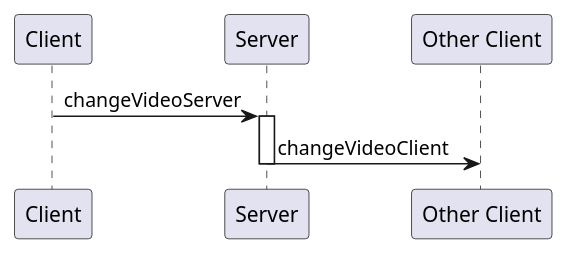
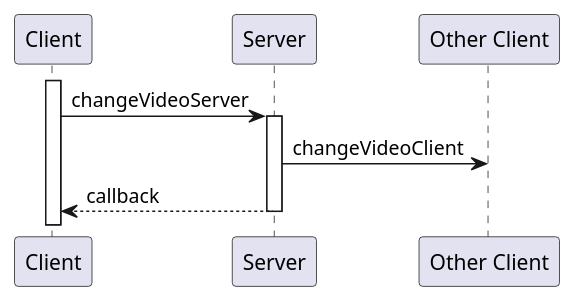
Before and after one commit to Dragicafit/Anime-Watch-Parties: the diagram in wiki/resource/changeVideoServer.puml, drawn with PlantUML. The commit also changed 21 other files, not shown here.

```diff
--- a/wiki/resource/changeVideoServer.puml
+++ b/wiki/resource/changeVideoServer.puml
@@ -1,8 +1,10 @@
 @startuml changeVideoServer
 
+activate Client
 Client -> Server: changeVideoServer
 activate Server
 Server -> "Other Client": changeVideoClient
+Client <-- Server : callback
 deactivate Server
 
 @enduml
```
